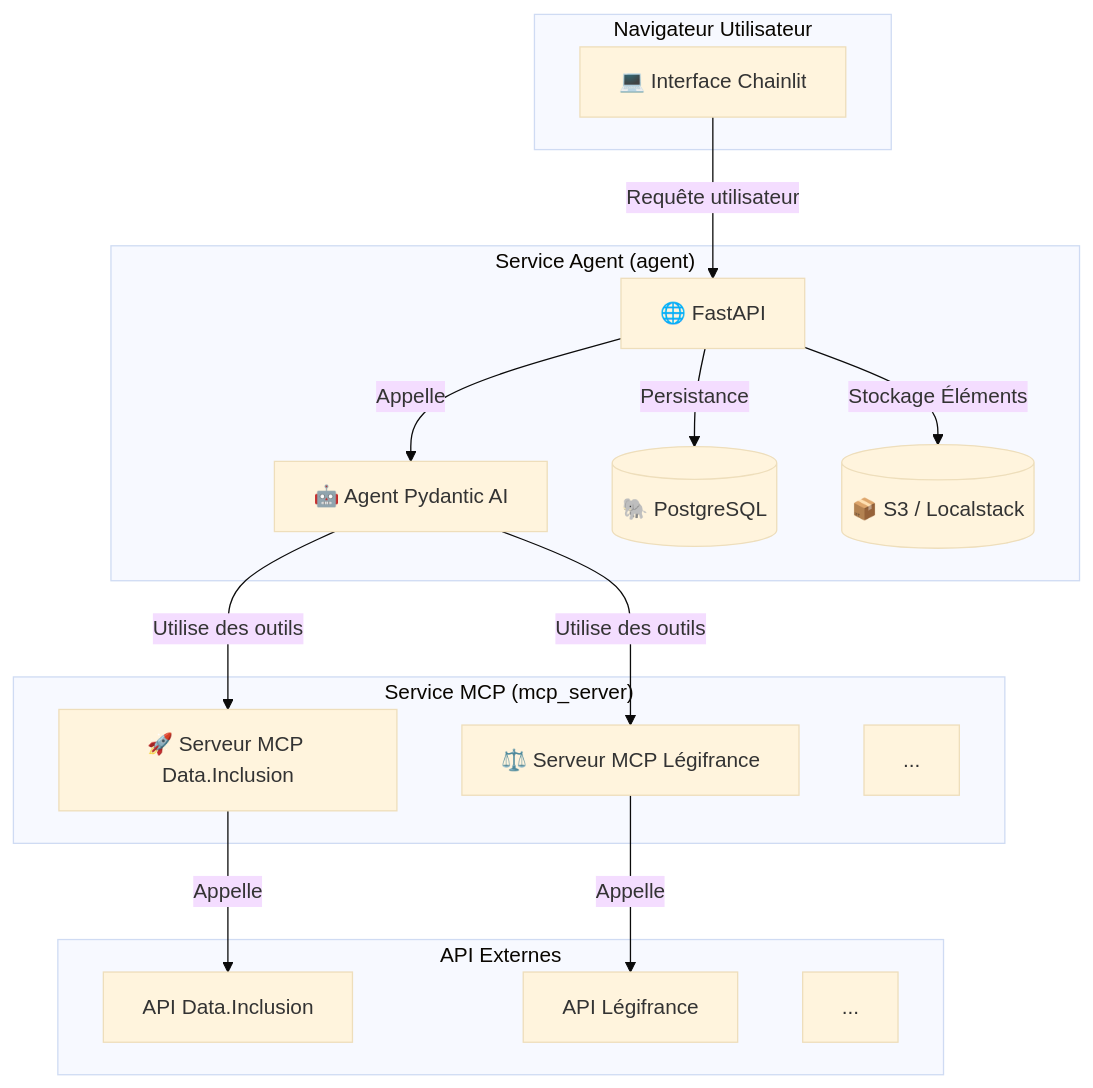
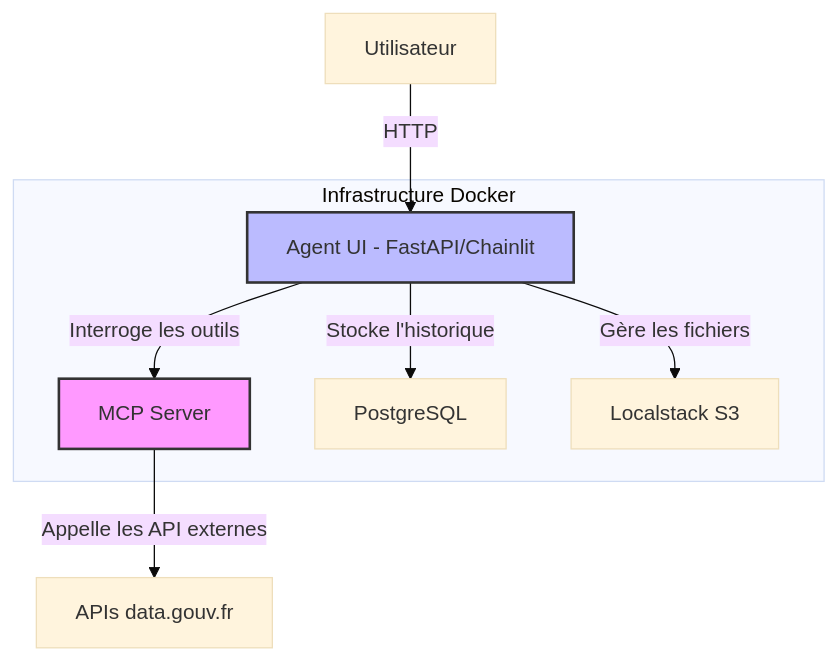
One commit to drewano/France-GPT changed the diagram in README.md. Above: the diagram before and after it, drawn with Mermaid (base theme). The commit also changed other lines of this file and 5 other files, not shown here.

````diff
--- a/README.md
+++ b/README.md
@@ -39,34 +43,18 @@
 ```mermaid
 graph TD
-    subgraph "Navigateur Utilisateur"
-        UI[💻 Interface Chainlit]
+    subgraph "Infrastructure Docker"
+        A[Agent UI - FastAPI/Chainlit]
+        M[MCP Server]
+        D[PostgreSQL]
+        S[Localstack S3]
     end
 
-    subgraph "Service Agent (agent)"
-        A[🤖 Agent Pydantic AI]
-        F[🌐 FastAPI]
-        DB[(🐘 PostgreSQL)]
-        S3[(📦 S3 / Localstack)]
-    end
-    
-    subgraph "Service MCP (mcp_server)"
-        MCP_DI[🚀 Serveur MCP Data.Inclusion]
-        MCP_LF[⚖️ Serveur MCP Légifrance]
-        MCP_Autres[...]
-    end
+    U[Utilisateur] -- HTTP --> A
+    A -- Interroge les outils --> M
+    M -- Appelle les API externes --> E[APIs data.gouv.fr]
+    A -- Stocke l'historique --> D
+    A -- Gère les fichiers --> S
 
-    subgraph "API Externes"
-        API_DI[API Data.Inclusion]
-        API_LF[API Légifrance]
-        API_Autres[...]
-    end
-
-    UI -- Requête utilisateur --> F
-    F -- Appelle --> A
-    A -- Utilise des outils --> MCP_DI
-    A -- Utilise des outils --> MCP_LF
-    MCP_DI -- Appelle --> API_DI
-    MCP_LF -- Appelle --> API_LF
-    F -- Persistance --> DB
-    F -- Stockage Éléments --> S3
+    style M fill:#f9f,stroke:#333,stroke-width:2px
+    style A fill:#bbf,stroke:#333,stroke-width:2px
 ```
````
